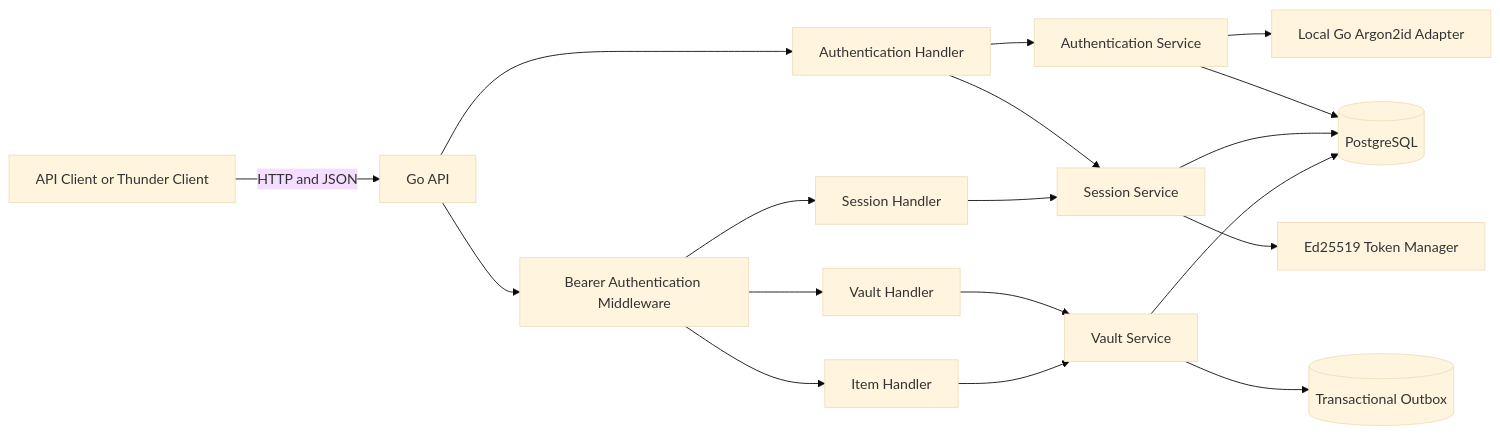
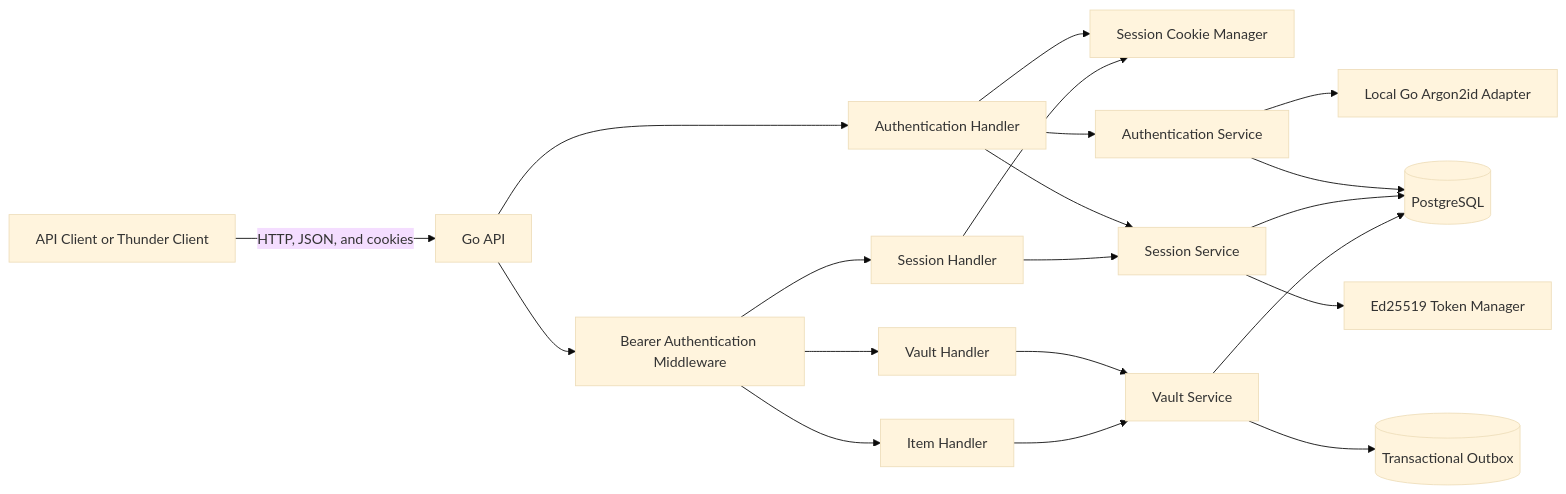
The first of 7 diagrams in docs/architecture.md (martinrgarciap/vaultforge), drawn with Mermaid (base theme) before and after one commit. The commit also changed other lines of this file and 24 other files, not shown here.

````diff
--- a/docs/architecture.md
+++ b/docs/architecture.md
@@ -20,35 +20,38 @@
 ```mermaid
 flowchart LR
     C[API Client or Thunder Client]
     A[Go API]
     AH[Authentication Handler]
+    SC[Session Cookie Manager]
     SH[Session Handler]
     VH[Vault Handler]
     IH[Item Handler]
     M[Bearer Authentication Middleware]
     AS[Authentication Service]
     SS[Session Service]
     VS[Vault Service]
     H[Local Go Argon2id Adapter]
     T[Ed25519 Token Manager]
     P[(PostgreSQL)]
     O[(Transactional Outbox)]
 
-    C -->|HTTP and JSON| A
+    C -->|HTTP, JSON, and cookies| A
     A --> AH
     A --> M
     M --> SH
     M --> VH
     M --> IH
+    AH --> SC
+    SH --> SC
     AH --> AS
     AH --> SS
     SH --> SS
     VH --> VS
     IH --> VS
     AS --> H
     SS --> T
     AS --> P
     SS --> P
     VS --> P
     VS --> O
 ```
````
